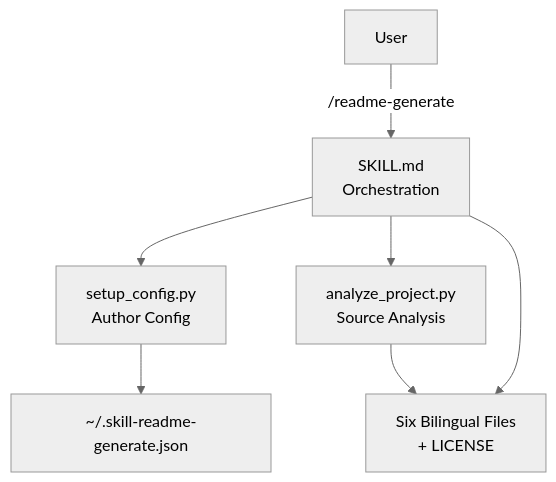
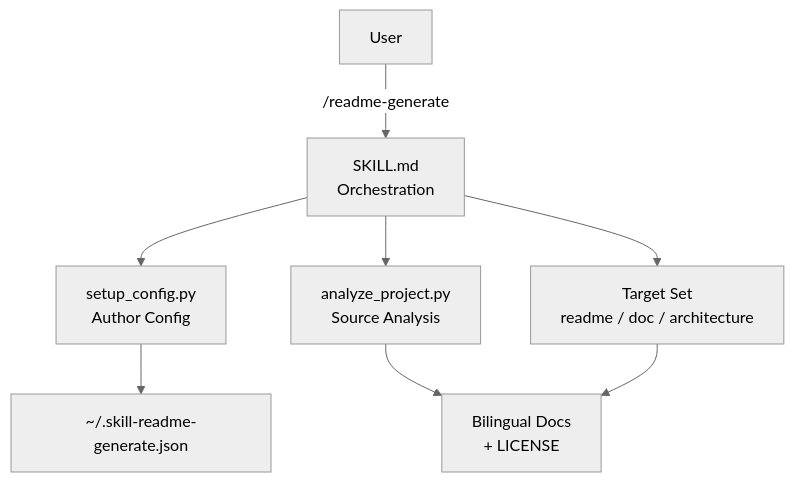
The diagram in README.md (agenvoy/skill-readme-generate), drawn with Mermaid (neutral theme) before and after one commit. The commit also changed other lines of this file and 8 other files, not shown here.

````diff
--- a/README.md
+++ b/README.md
@@ -39,9 +39,10 @@
 ```mermaid
 graph TB
     User[User] -->|/readme-generate| SKILL[SKILL.md<br/>Orchestration]
     SKILL --> Config[setup_config.py<br/>Author Config]
     SKILL --> Analyze[analyze_project.py<br/>Source Analysis]
     Config --> JSON[~/.skill-readme-generate.json]
-    Analyze --> Output[Six Bilingual Files<br/>+ LICENSE]
-    SKILL --> Output
+    SKILL --> Target[Target Set<br/>readme / doc / architecture]
+    Analyze --> Output[Bilingual Docs<br/>+ LICENSE]
+    Target --> Output
 ```
````
